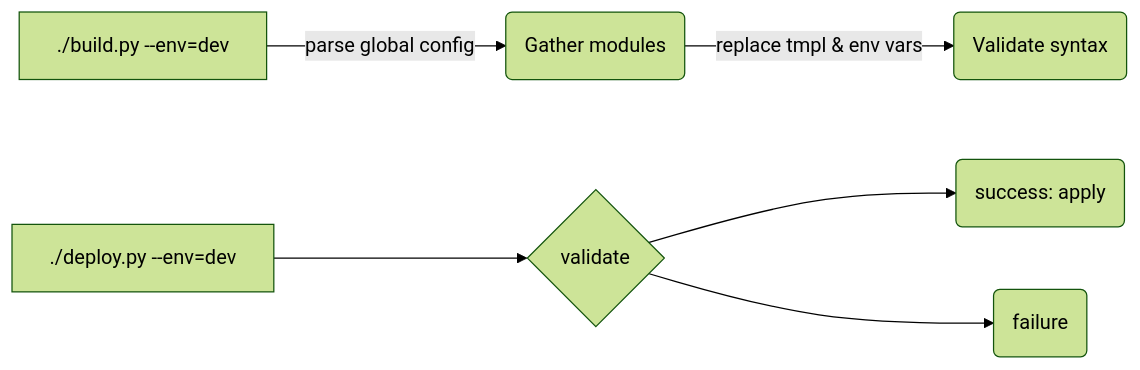
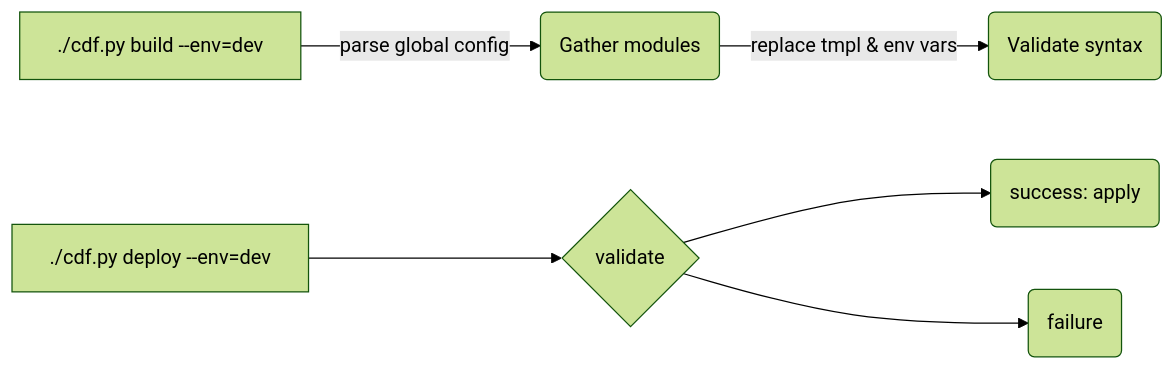
The diagram in README.md (cognitedata/toolkit), drawn with Mermaid (forest theme) before and after one commit. The commit also changed other lines of this file and 5 other files, not shown here.

````diff
--- a/README.md
+++ b/README.md
@@ -72,8 +72,8 @@
 ```mermaid
 flowchart LR
-    A[./build.py --env=dev] -->|parse global config| B(Gather modules)
+    A[./cdf.py build --env=dev] -->|parse global config| B(Gather modules)
     B -->|replace tmpl & env vars| C(Validate syntax)
-    D[./deploy.py --env=dev] -->E{validate}
+    D[./cdf.py deploy --env=dev] -->E{validate}
     E --> G(success: apply)
     E --> H(failure)
 ```
````
